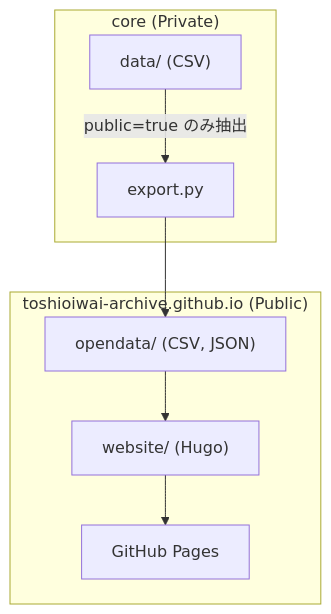
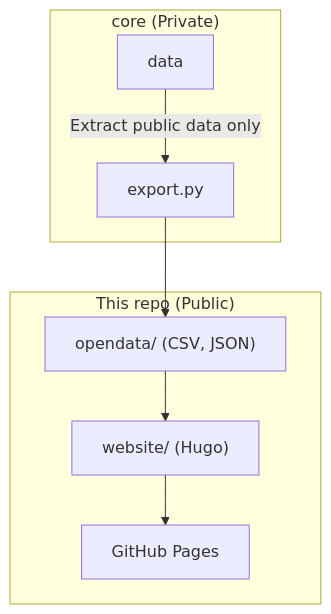
Before and after one commit to toshioiwai-archive/toshioiwai-archive.github.io: the diagram in README.md, drawn with Mermaid. The commit also changed other lines of this file, not shown here.

First line of the commit message:
Update README with project overview and data flow

````diff
--- a/README.md
+++ b/README.md
@@ -33,18 +33,19 @@
 ```mermaid
 flowchart TB
     subgraph core["core (Private)"]
-        data["data/ (CSV)"]
+        data["data"]
         export["export.py"]
     end
 
-    subgraph public["toshioiwai-archive.github.io (Public)"]
+    subgraph public["This repo (Public)"]
         opendata["opendata/ (CSV, JSON)"]
         website["website/ (Hugo)"]
         pages["GitHub Pages"]
     end
 
-    data -->|"public=true のみ抽出"| export
+
+    data -->|"Extract public data only"| export
     export --> opendata
     opendata --> website
     website --> pages
 ```
````
